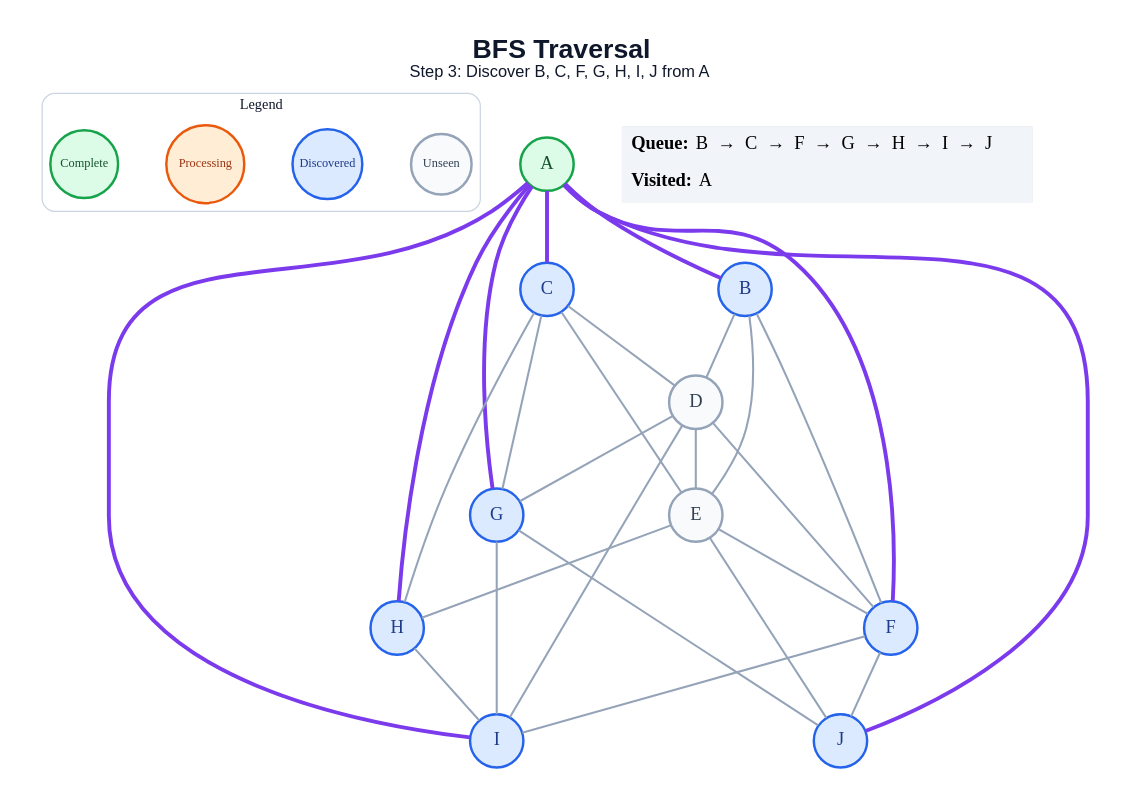
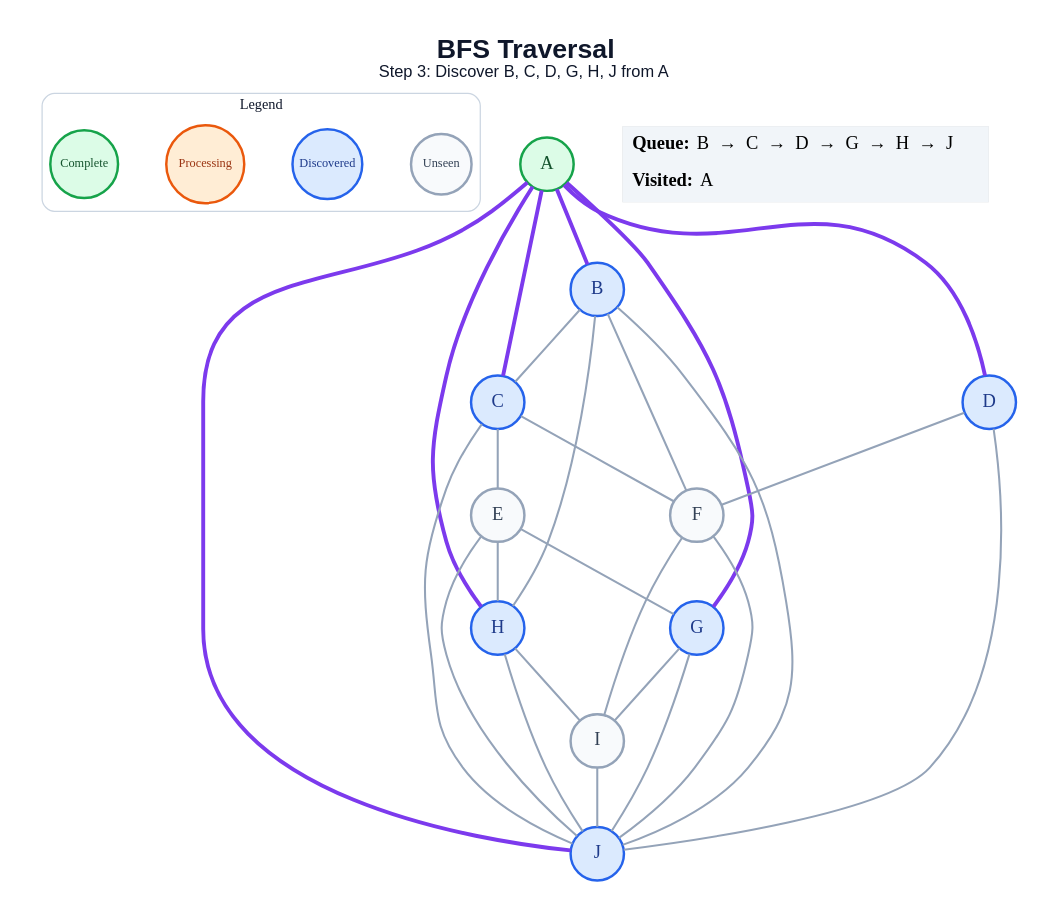
Before and after one commit to anon7238593-create/ai-slop: the diagram in generated/bfs/step_03.dot, drawn with Graphviz. The commit also changed 178 other files, not shown here.

```diff
--- a/generated/bfs/step_03.dot
+++ b/generated/bfs/step_03.dot
@@ -1,55 +1,54 @@
 graph traversal {
   graph [layout=dot, rankdir=TB, bgcolor="#FFFFFF", pad="0.35", nodesep="0.65", ranksep="0.8", fontname="Arial"];
   node [shape=circle, style="filled", fontname="Arial Bold", fontsize=18, width=0.72, fixedsize=true, penwidth=2.4];
   edge [color="#94A3B8", penwidth=2.0];
-  label=<<B>BFS Traversal</B><BR/><FONT POINT-SIZE="16">Step 3: Discover B, C, F, G, H, I, J from A</FONT>>; labelloc="t"; fontsize=26; fontname="Arial"; fontcolor="#0F172A";
+  label=<<B>BFS Traversal</B><BR/><FONT POINT-SIZE="16">Step 3: Discover B, C, D, G, H, J from A</FONT>>; labelloc="t"; fontsize=26; fontname="Arial"; fontcolor="#0F172A";
   subgraph cluster_legend { label="Legend"; color="#CBD5E1"; penwidth=1.2; style="rounded"; fontsize=14; fontname="Arial Bold";
     key_unseen [label="Unseen", fillcolor="#F8FAFC", color="#94A3B8", fontcolor="#334155", fontsize=12, width=0.82];
     key_frontier [label="Discovered", fillcolor="#DBEAFE", color="#2563EB", fontcolor="#1E3A8A", fontsize=12, width=0.95];
     key_current [label="Processing", fillcolor="#FFEDD5", color="#EA580C", fontcolor="#9A3412", fontsize=12, width=1.05];
     key_done [label="Complete", fillcolor="#DCFCE7", color="#16A34A", fontcolor="#14532D", fontsize=12, width=0.92];
     { rank=same; key_unseen; key_frontier; key_current; key_done; }
   }
   A [fillcolor="#DCFCE7", color="#16A34A", fontcolor="#14532D"];
   B [fillcolor="#DBEAFE", color="#2563EB", fontcolor="#1E3A8A"];
   C [fillcolor="#DBEAFE", color="#2563EB", fontcolor="#1E3A8A"];
-  D [fillcolor="#F8FAFC", color="#94A3B8", fontcolor="#334155"];
+  D [fillcolor="#DBEAFE", color="#2563EB", fontcolor="#1E3A8A"];
   E [fillcolor="#F8FAFC", color="#94A3B8", fontcolor="#334155"];
-  F [fillcolor="#DBEAFE", color="#2563EB", fontcolor="#1E3A8A"];
+  F [fillcolor="#F8FAFC", color="#94A3B8", fontcolor="#334155"];
   G [fillcolor="#DBEAFE", color="#2563EB", fontcolor="#1E3A8A"];
   H [fillcolor="#DBEAFE", color="#2563EB", fontcolor="#1E3A8A"];
-  I [fillcolor="#DBEAFE", color="#2563EB", fontcolor="#1E3A8A"];
+  I [fillcolor="#F8FAFC", color="#94A3B8", fontcolor="#334155"];
   J [fillcolor="#DBEAFE", color="#2563EB", fontcolor="#1E3A8A"];
   A -- B [color="#7C3AED", penwidth=3.8];
   A -- C [color="#7C3AED", penwidth=3.8];
-  A -- F [color="#7C3AED", penwidth=3.8];
+  A -- D [color="#7C3AED", penwidth=3.8];
   A -- G [color="#7C3AED", penwidth=3.8];
   A -- H [color="#7C3AED", penwidth=3.8];
-  A -- I [color="#7C3AED", penwidth=3.8];
   A -- J [color="#7C3AED", penwidth=3.8];
-  B -- D;
-  B -- E;
+  B -- C;
   B -- F;
-  C -- D;
+  B -- H;
+  B -- J;
   C -- E;
-  C -- G;
-  C -- H;
-  D -- E;
+  C -- F;
+  C -- J;
   D -- F;
-  D -- G;
-  D -- I;
-  E -- F;
+  D -- J;
+  E -- G;
   E -- H;
   E -- J;
   F -- I;
   F -- J;
   G -- I;
   G -- J;
   H -- I;
+  H -- J;
+  I -- J;
   status [shape=plain, fixedsize=false, width=0, height=0, margin=0, label=<
     <TABLE BORDER="0" CELLBORDER="0" CELLPADDING="7" BGCOLOR="#F1F5F9">
-      <TR><TD ALIGN="LEFT"><B>Queue:</B> B  →  C  →  F  →  G  →  H  →  I  →  J</TD></TR>
+      <TR><TD ALIGN="LEFT"><B>Queue:</B> B  →  C  →  D  →  G  →  H  →  J</TD></TR>
       <TR><TD ALIGN="LEFT"><B>Visited:</B> A</TD></TR>
     </TABLE>
   >];
 }
```
